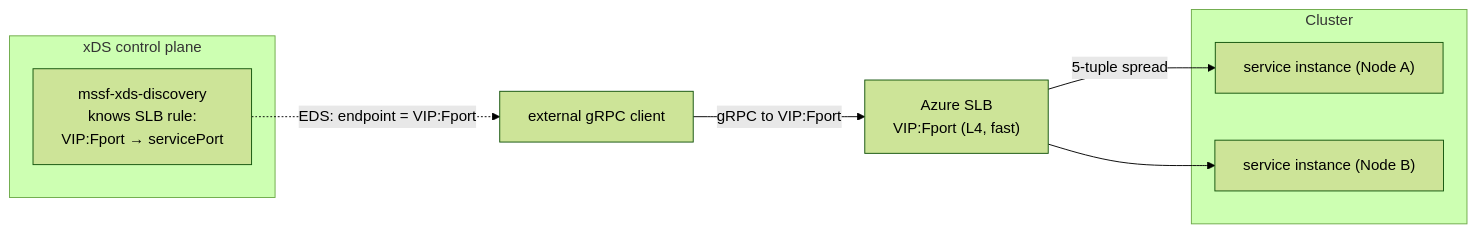
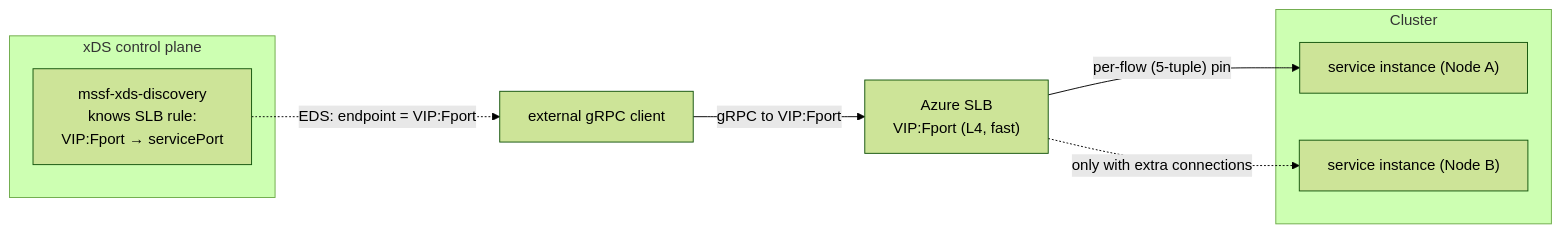
Before and after one commit to Azure/service-fabric-rs: the first of 2 diagrams in docs/proposal/GrpcXdsSlb.md, drawn with Mermaid (forest theme). The commit also changed other lines of this file and 2 other files, not shown here.

````diff
--- a/docs/proposal/GrpcXdsSlb.md
+++ b/docs/proposal/GrpcXdsSlb.md
@@ -216,16 +260,16 @@
 ```mermaid
 flowchart LR
     Ext["external gRPC client"]
     subgraph Ctl["xDS control plane"]
         Disc["mssf-xds-discovery<br/>knows SLB rule:<br/>VIP:Fport → servicePort"]
     end
     SLB["Azure SLB<br/>VIP:Fport (L4, fast)"]
     subgraph Cluster
         S1["service instance (Node A)"]
         S2["service instance (Node B)"]
     end
     Disc -.->|"EDS: endpoint = VIP:Fport"| Ext
     Ext -->|"gRPC to VIP:Fport"| SLB
-    SLB -->|"5-tuple spread"| S1
-    SLB --> S2
+    SLB -->|"per-flow (5-tuple) pin"| S1
+    SLB -.->|"only with extra connections"| S2
 ```
````
